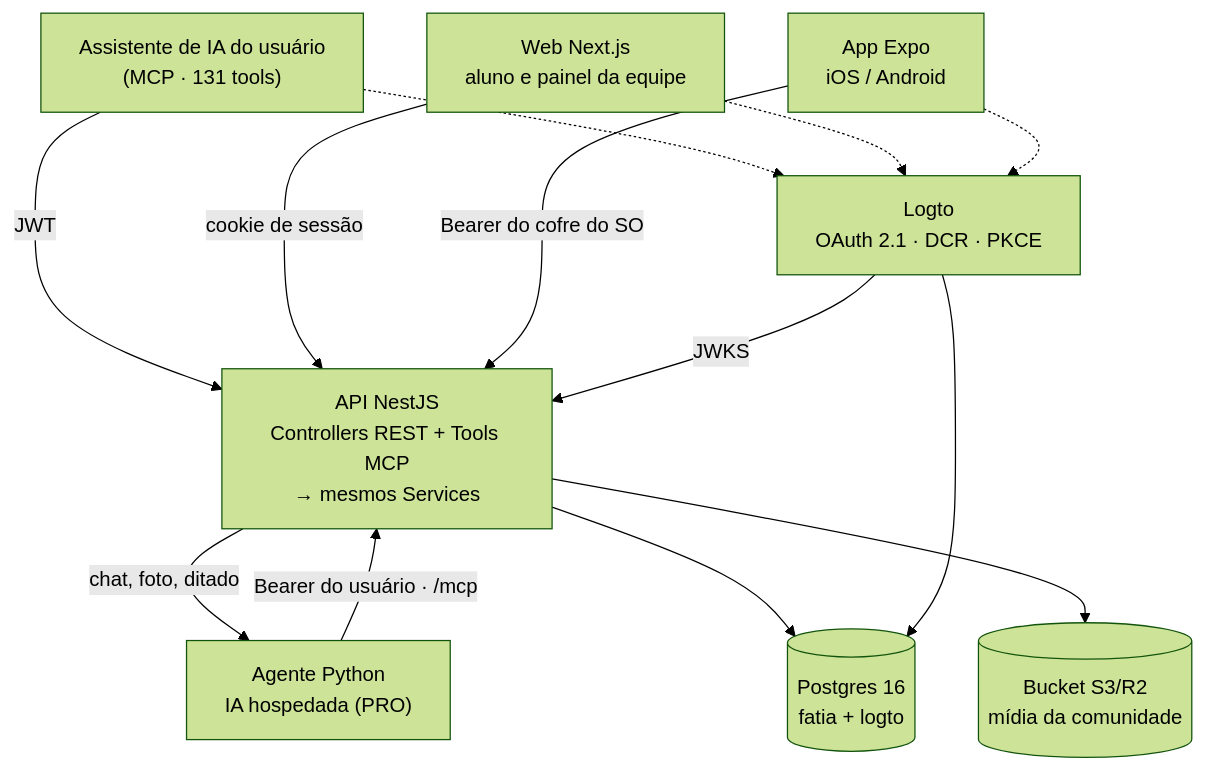
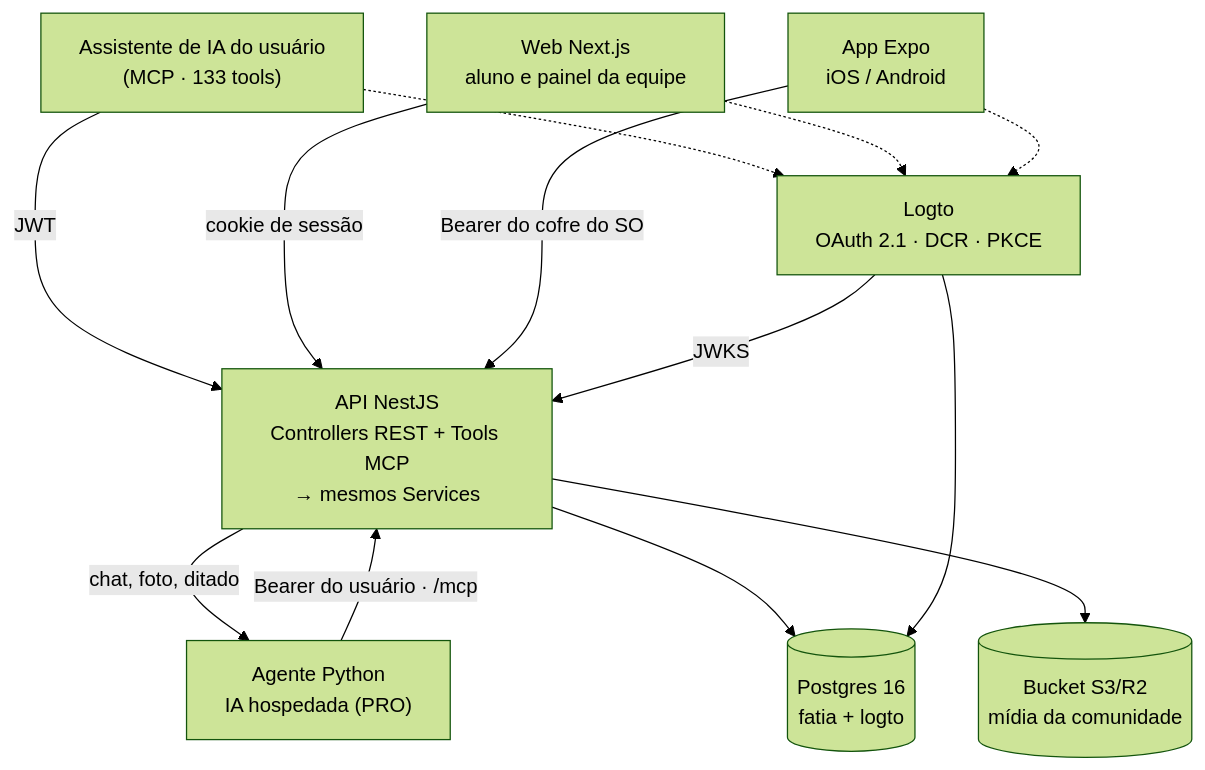
Before and after one commit to ThiagoCarreiraVallim/fatia: the diagram in README.md, drawn with Mermaid (forest theme). The commit also changed other lines of this file and 33 other files, not shown here.

````diff
--- a/README.md
+++ b/README.md
@@ -33,24 +33,24 @@
 ```mermaid
 flowchart TD
-    claude["Assistente de IA do usuário<br/>(MCP · 131 tools)"]
+    claude["Assistente de IA do usuário<br/>(MCP · 133 tools)"]
     pwa["Web Next.js<br/>aluno e painel da equipe"]
     mobile["App Expo<br/>iOS / Android"]
     agent["Agente Python<br/>IA hospedada (PRO)"]
     logto["Logto<br/>OAuth 2.1 · DCR · PKCE"]
     api["API NestJS<br/>Controllers REST + Tools MCP<br/>→ mesmos Services"]
     pg[("Postgres 16<br/>fatia + logto")]
     s3[("Bucket S3/R2<br/>mídia da comunidade")]
 
     claude -- "JWT" --> api
     pwa -- "cookie de sessão" --> api
     mobile -- "Bearer do cofre do SO" --> api
     api -- "chat, foto, ditado" --> agent
     agent -- "Bearer do usuário · /mcp" --> api
     claude -.-> logto
     pwa -.-> logto
     mobile -.-> logto
     logto -- "JWKS" --> api
     api --> pg
     api --> s3
     logto --> pg
 ```
````
